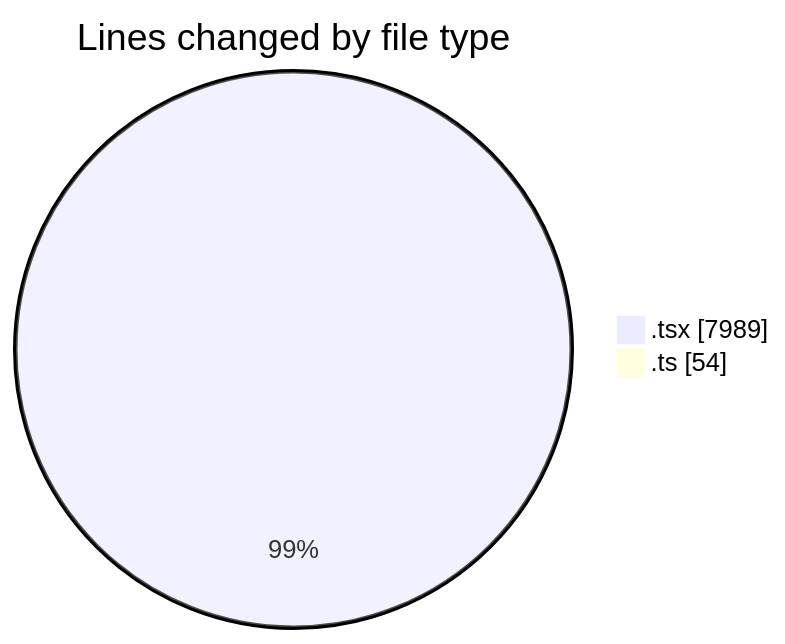
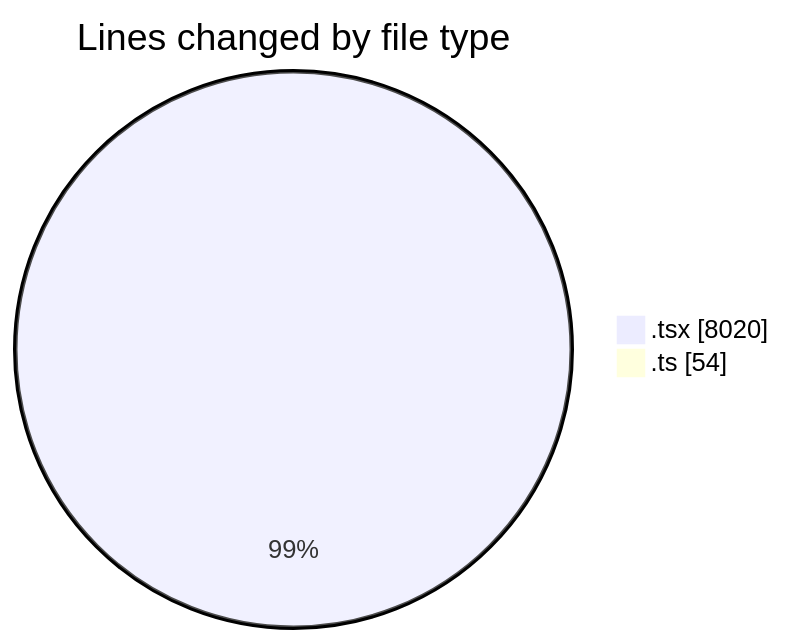
Before and after one commit to nxtqubesakshisongat/code-tracking: the first of 2 diagrams in 2026-03-05/nxtqube_webapp/README.md, drawn with Mermaid. The commit also changed other lines of this file and 1 other file, not shown here.

````diff
--- a/2026-03-05/nxtqube_webapp/README.md
+++ b/2026-03-05/nxtqube_webapp/README.md
@@ -31,6 +31,6 @@
 ```mermaid
 pie showData
 title Lines changed by file type
-".tsx" : 7989
+".tsx" : 8020
 ".ts" : 54
 ```
````
